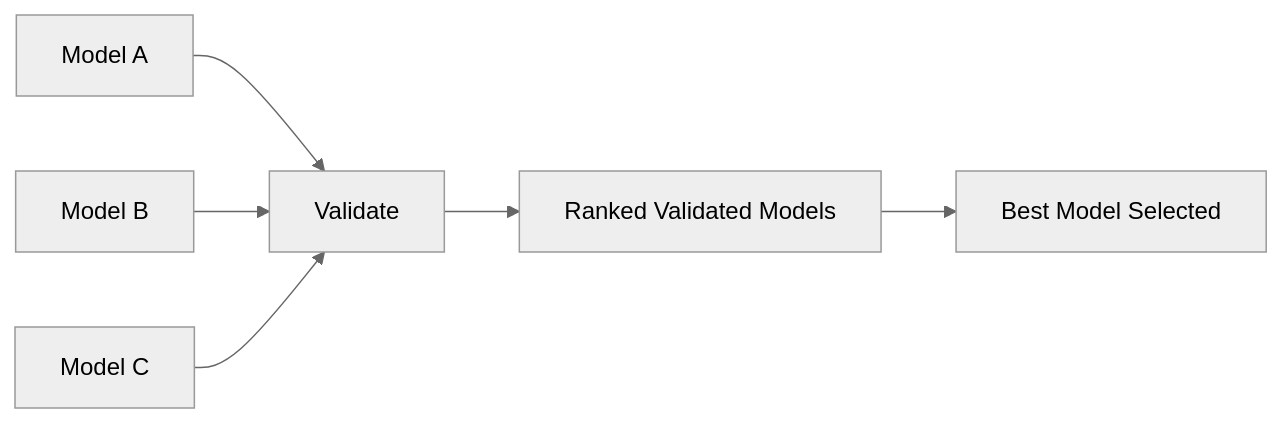
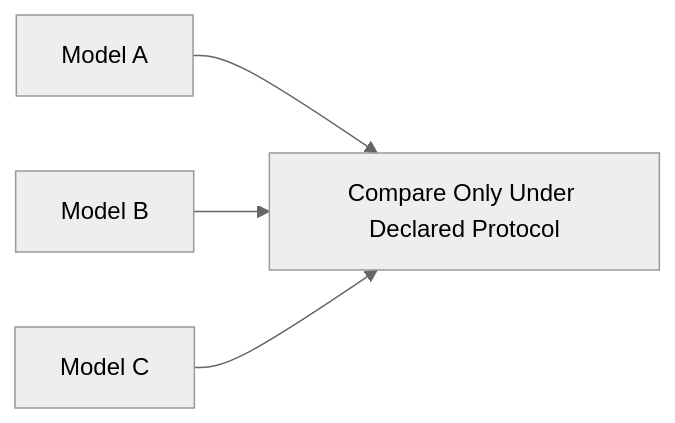
One commit to Evintkoo/2048-ml changed the sixth of 7 diagrams in plans/09-Quality/02-Validation/01-model-validation.md. Above: the diagram before and after it, drawn with Mermaid (neutral theme). The commit also changed other lines of this file and 67 other files, not shown here.

````diff
--- a/plans/09-Quality/02-Validation/01-model-validation.md
+++ b/plans/09-Quality/02-Validation/01-model-validation.md
@@ -123,8 +108,6 @@
 ```mermaid
 flowchart LR
-    A[Model A] --> B[Validate]
-    C[Model B] --> B
-    D[Model C] --> B
-    B --> E[Ranked Validated Models]
-    E --> F[Best Model Selected]
+    A[Model A] --> D[Compare Only Under Declared Protocol]
+    B[Model B] --> D
+    C[Model C] --> D
 ```
````
